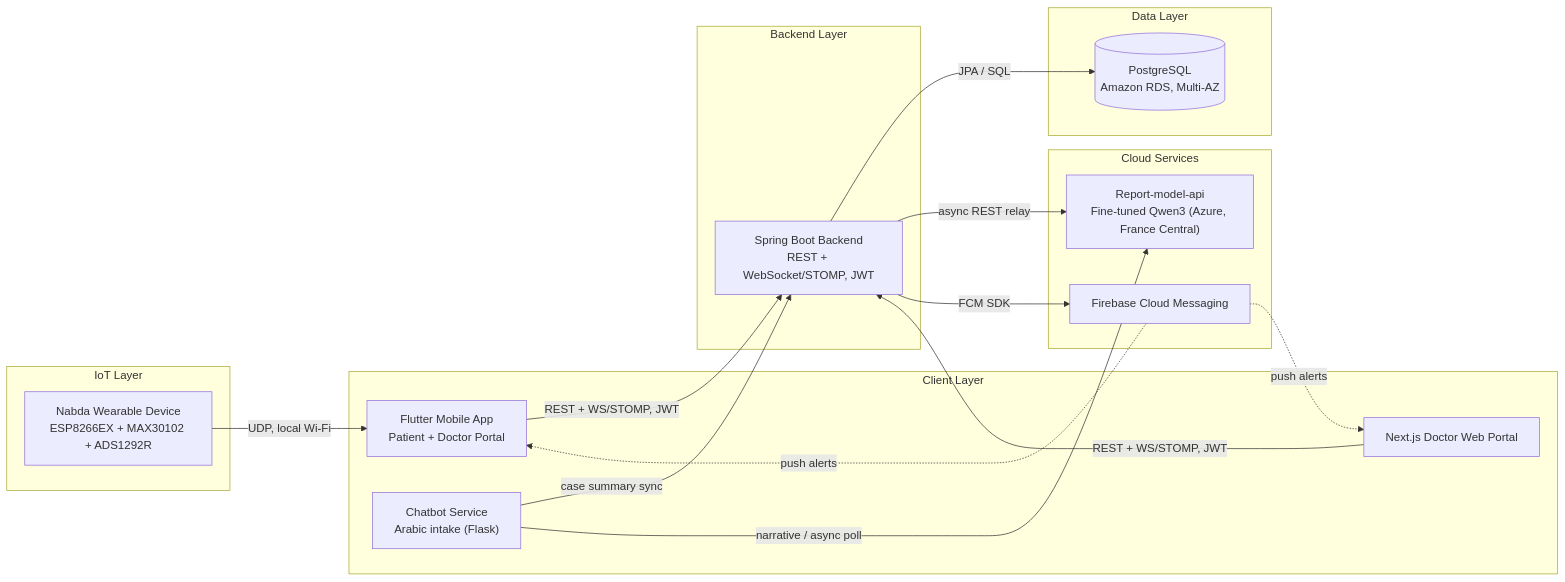
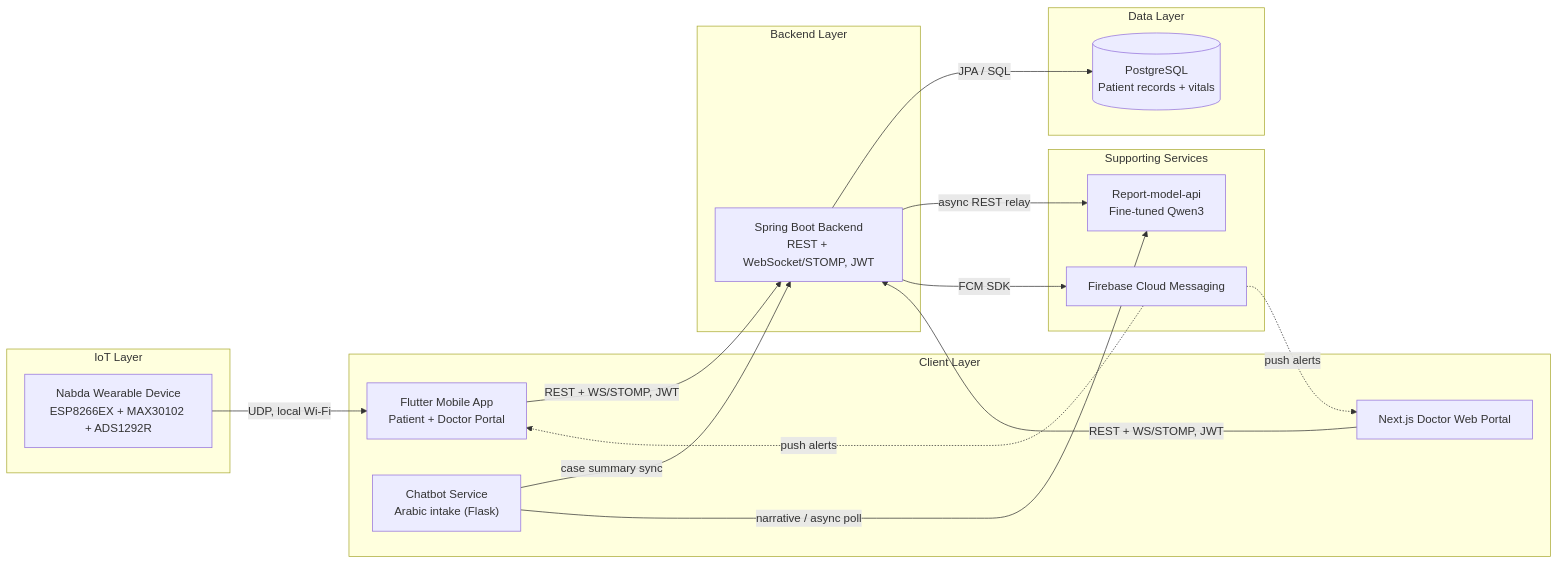
One commit to Nabda-Project/.github changed the first of 4 diagrams in profile/README.md. Above: the diagram before and after it, drawn with Mermaid. The commit also changed other lines of this file, not shown here.

````diff
--- a/profile/README.md
+++ b/profile/README.md
@@ -56,36 +69,36 @@
 ```mermaid
 flowchart LR
     subgraph IoT["IoT Layer"]
         WD["Nabda Wearable Device<br/>ESP8266EX + MAX30102 + ADS1292R"]
     end
 
     subgraph Clients["Client Layer"]
         MOB["Flutter Mobile App<br/>Patient + Doctor Portal"]
         WEB["Next.js Doctor Web Portal"]
         BOT["Chatbot Service<br/>Arabic intake (Flask)"]
     end
 
     subgraph Backend["Backend Layer"]
         BE["Spring Boot Backend<br/>REST + WebSocket/STOMP, JWT"]
     end
 
     subgraph Data["Data Layer"]
-        DB[("PostgreSQL<br/>Amazon RDS, Multi-AZ")]
+        DB[("PostgreSQL<br/>Patient records + vitals")]
     end
 
-    subgraph Cloud["Cloud Services"]
-        AI["Report-model-api<br/>Fine-tuned Qwen3 (Azure, France Central)"]
+    subgraph Services["Supporting Services"]
+        AI["Report-model-api<br/>Fine-tuned Qwen3"]
         FCM["Firebase Cloud Messaging"]
     end
 
     WD -- "UDP, local Wi-Fi" --> MOB
     MOB -- "REST + WS/STOMP, JWT" --> BE
     WEB -- "REST + WS/STOMP, JWT" --> BE
     BOT -- "case summary sync" --> BE
     BOT -- "narrative / async poll" --> AI
     BE -- "JPA / SQL" --> DB
     BE -- "async REST relay" --> AI
     BE -- "FCM SDK" --> FCM
     FCM -. "push alerts" .-> MOB
     FCM -. "push alerts" .-> WEB
 ```
````
